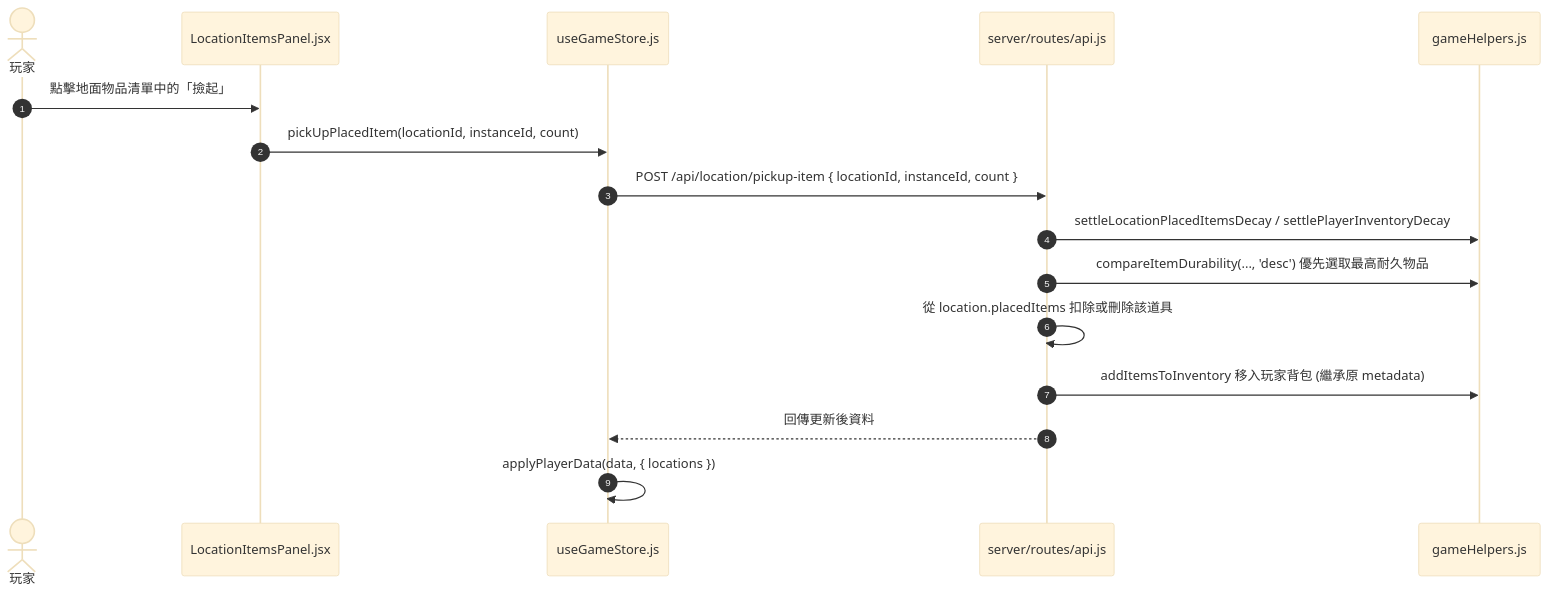
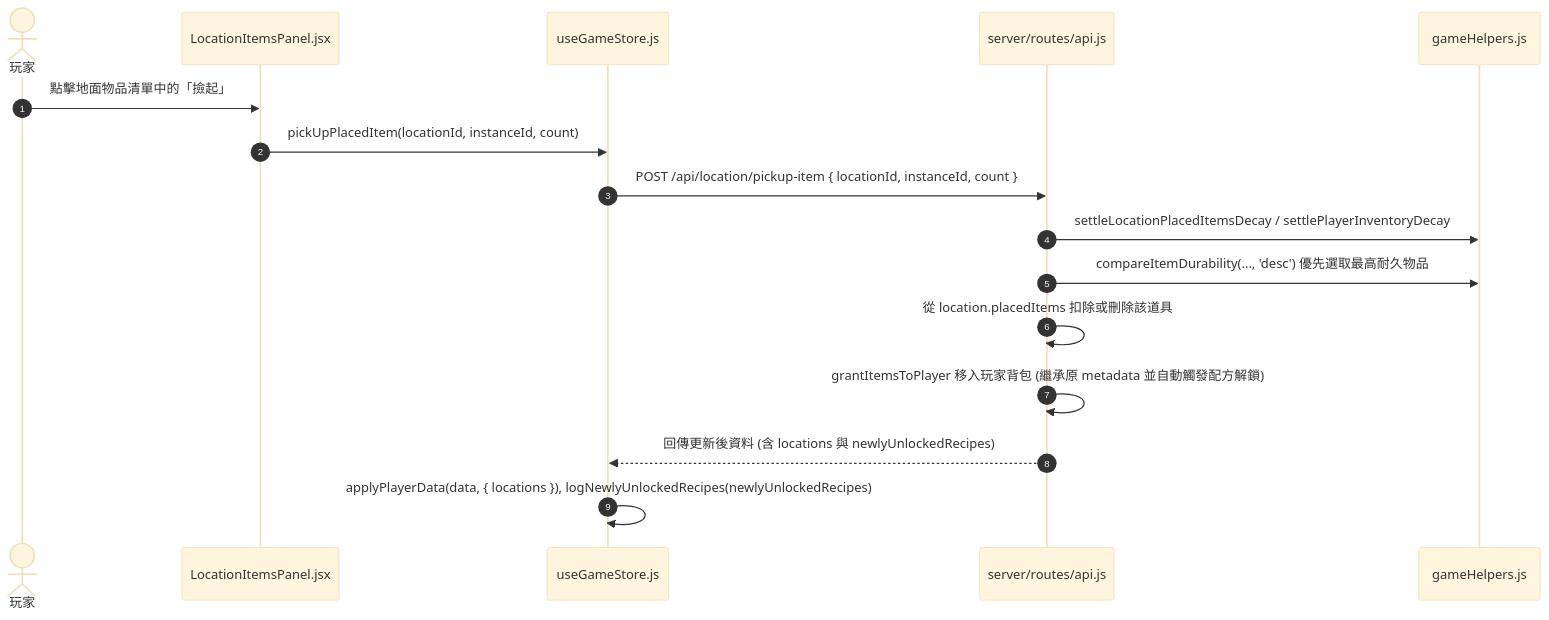
One commit to csiehsu/Aether-Immersion changed diagram 13 of 16 in README.md. Above: the diagram before and after it, drawn with Mermaid (base theme). The commit also changed other lines of this file and 8 other files, not shown here.

````diff
--- a/README.md
+++ b/README.md
@@ -638,19 +695,19 @@
 ```mermaid
 sequenceDiagram
     autonumber
     actor Player as 玩家
     participant View as LocationItemsPanel.jsx
     participant Store as useGameStore.js
     participant API as server/routes/api.js
     participant Helper as gameHelpers.js
 
     Player->>View: 點擊地面物品清單中的「撿起」
     View->>Store: pickUpPlacedItem(locationId, instanceId, count)
     Store->>API: POST /api/location/pickup-item { locationId, instanceId, count }
     API->>Helper: settleLocationPlacedItemsDecay / settlePlayerInventoryDecay
     API->>Helper: compareItemDurability(..., 'desc') 優先選取最高耐久物品
     API->>API: 從 location.placedItems 扣除或刪除該道具
-    API->>Helper: addItemsToInventory 移入玩家背包 (繼承原 metadata)
-    API-->>Store: 回傳更新後資料
-    Store->>Store: applyPlayerData(data, { locations })
+    API->>API: grantItemsToPlayer 移入玩家背包 (繼承原 metadata 並自動觸發配方解鎖)
+    API-->>Store: 回傳更新後資料 (含 locations 與 newlyUnlockedRecipes)
+    Store->>Store: applyPlayerData(data, { locations }), logNewlyUnlockedRecipes(newlyUnlockedRecipes)
 ```
````
